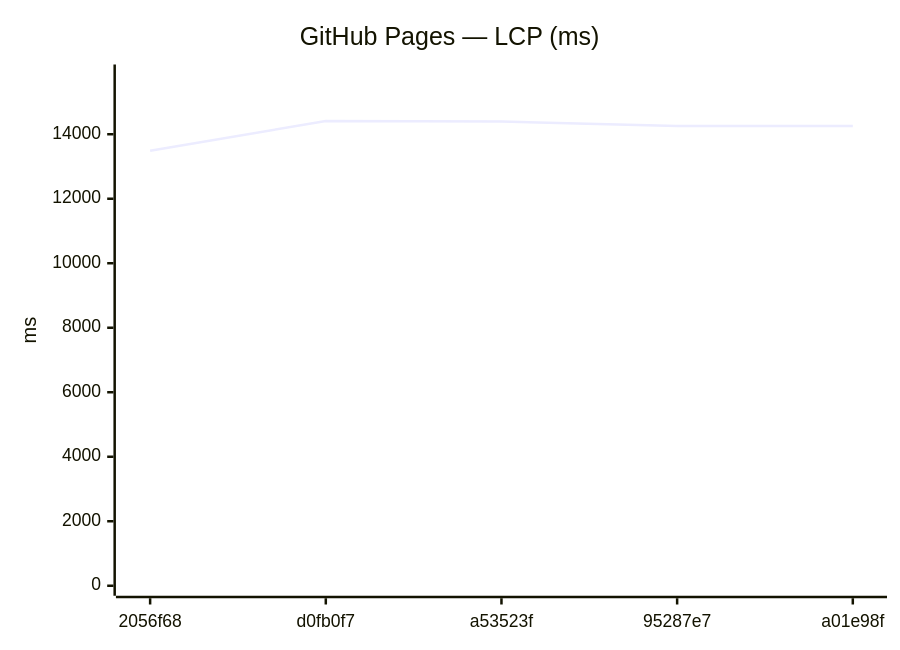
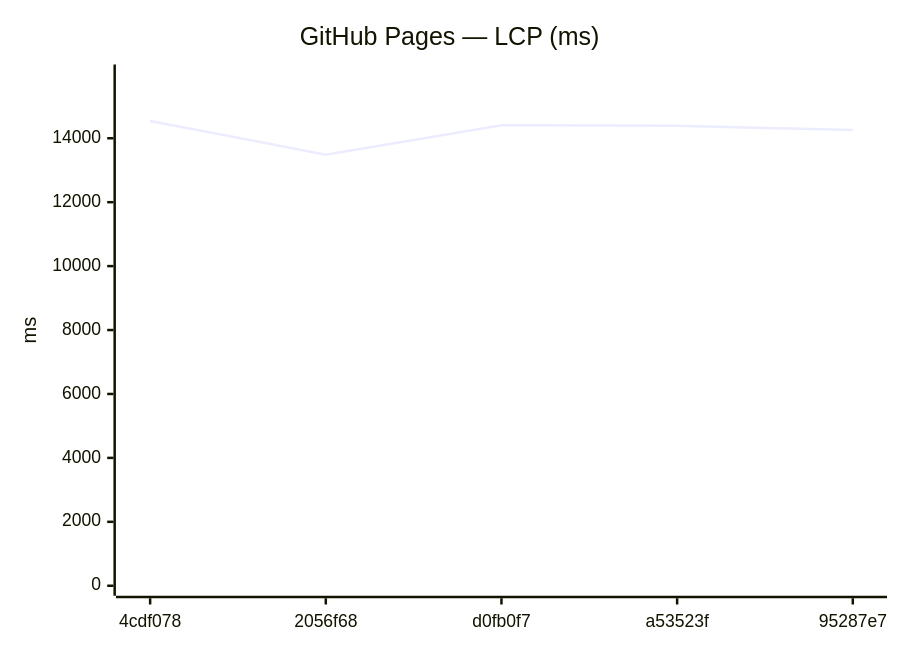
Before and after one commit to Metaheurist/Rianell: the ninth of 18 diagrams in benchmarks/compare.md, drawn with Mermaid. The commit also changed other lines of this file and 11 other files, not shown here.

````diff
--- a/benchmarks/compare.md
+++ b/benchmarks/compare.md
@@ -142,7 +142,7 @@
 ```mermaid
 xychart-beta
     title "GitHub Pages — LCP (ms)"
-    x-axis ["2056f68", "d0fb0f7", "a53523f", "95287e7", "a01e98f"]
-    y-axis "ms" 0 --> 15852
-    line [13488, 14410, 14392, 14255, 14254]
+    x-axis ["4cdf078", "2056f68", "d0fb0f7", "a53523f", "95287e7"]
+    y-axis "ms" 0 --> 15995
+    line [14540, 13488, 14410, 14392, 14255]
 ```
````
